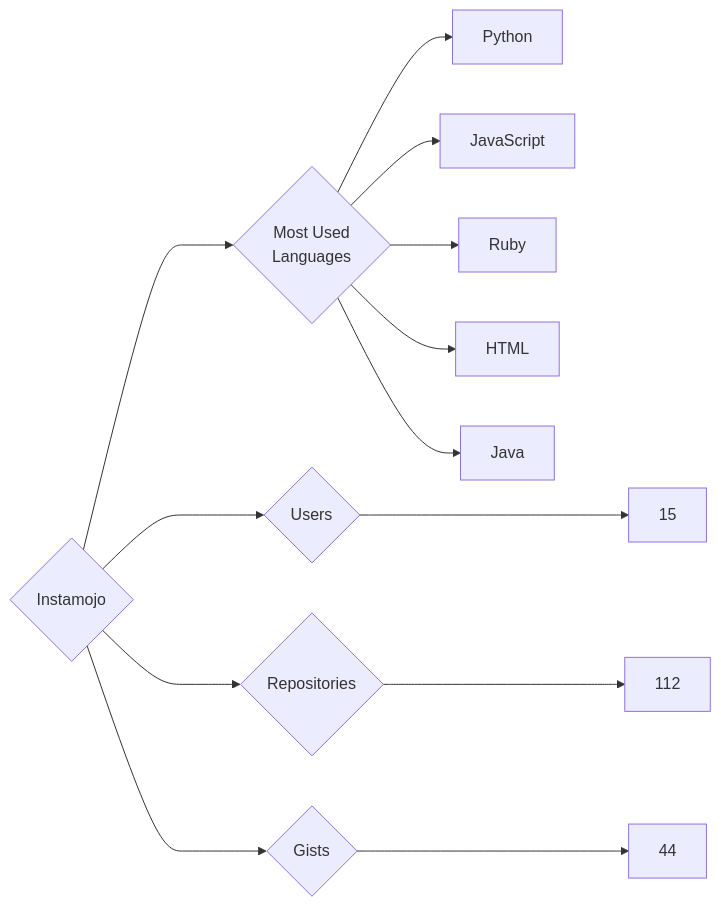
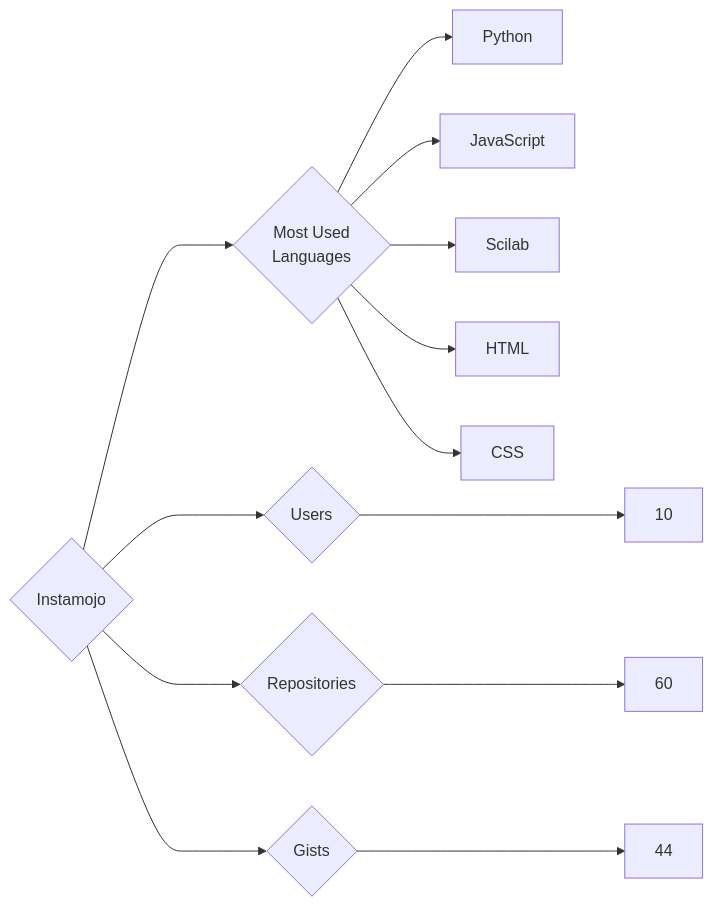
The diagram in targets/Instamojo/README.md (trickest/insiders), drawn with Mermaid before and after one commit. The commit also changed 998 other files, not shown here.

````diff
--- a/targets/Instamojo/README.md
+++ b/targets/Instamojo/README.md
@@ -3,13 +3,13 @@
 ```mermaid
 graph LR
 COMPANY_NAME{Instamojo}
-COMPANY_NAME ---> U{Users} ---> UN[15]
-COMPANY_NAME ---> R{Repositories} ---> RN[112]
+COMPANY_NAME ---> U{Users} ---> UN[10]
+COMPANY_NAME ---> R{Repositories} ---> RN[60]
 COMPANY_NAME ---> G{Gists} ---> GN[44]
 COMPANY_NAME ---> ML{Most Used<br>Languages}
 ML --> Python[Python]
 ML --> JavaScript[JavaScript]
-ML --> Ruby[Ruby]
+ML --> Scilab[Scilab]
 ML --> HTML[HTML]
-ML --> Java[Java]
+ML --> CSS[CSS]
 ```
````
